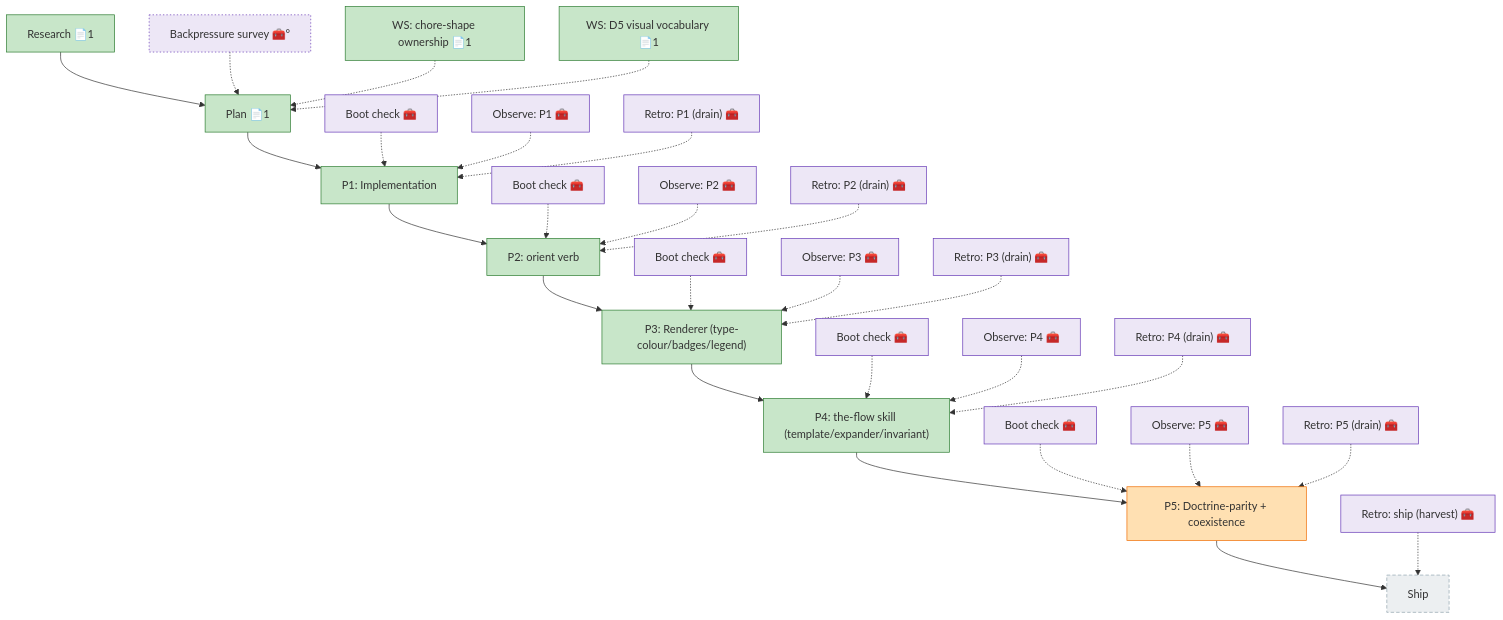
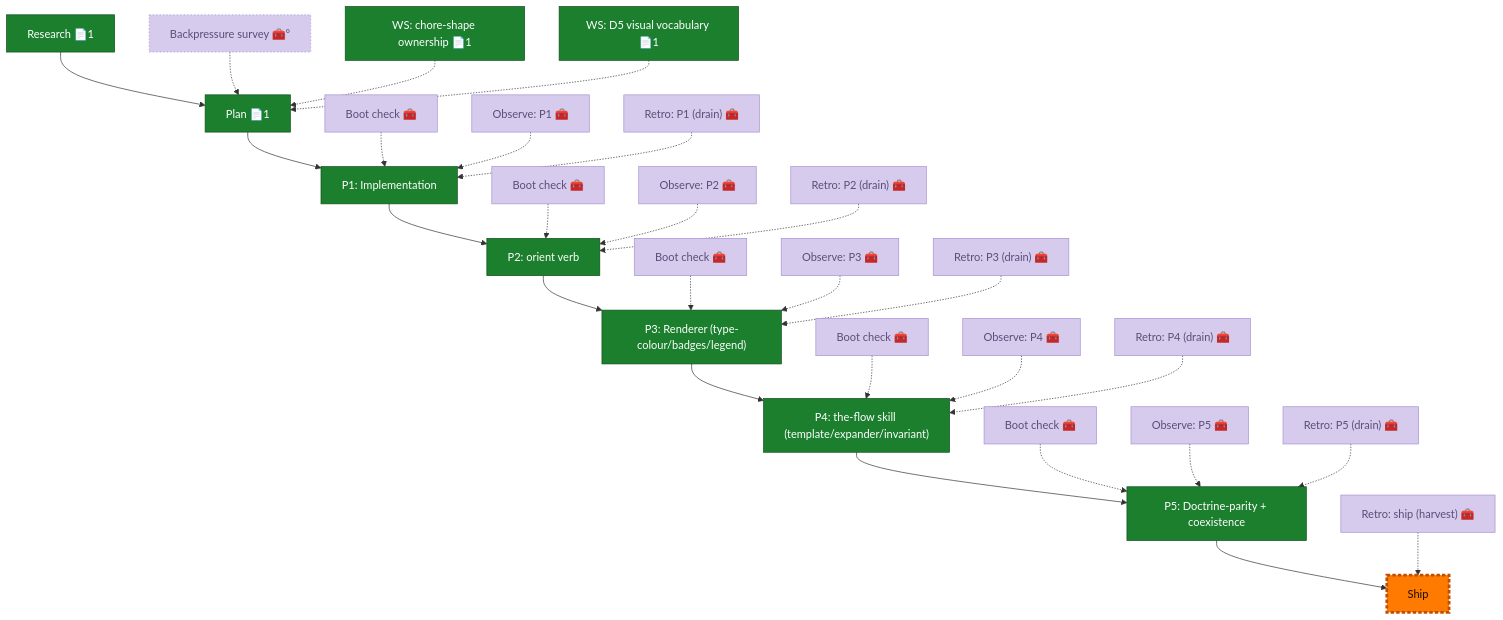
The diagram in docs/plans/040-flow-template-orient-instructions/the-flow.md (AI-Substrate/harness-engineering), drawn with Mermaid before and after one commit. The commit also changed other lines of this file and 7 other files, not shown here.

First line of the commit message:
feat(flow-040): visible chore status + vivid render palette + current-node highlight

````diff
--- a/docs/plans/040-flow-template-orient-instructions/the-flow.md
+++ b/docs/plans/040-flow-template-orient-instructions/the-flow.md
@@ -8,73 +8,76 @@
 ```mermaid
 flowchart TD
     research["Research 📄1"]:::done
     plan["Plan 📄1"]:::done
     phase_1["P1: Implementation"]:::done
     ship["Ship"]:::assumed
     phase_2["P2: orient verb"]:::done
     phase_3["P3: Renderer (type-colour/badges/legend)"]:::done
     phase_4["P4: the-flow skill (template/expander/invariant)"]:::done
-    phase_5["P5: Doctrine-parity + coexistence"]:::wip
+    phase_5["P5: Doctrine-parity + coexistence"]:::done
 
     research --> plan
     plan --> phase_1
     phase_1 --> phase_2
     phase_2 --> phase_3
     phase_3 --> phase_4
     phase_4 --> phase_5
     phase_5 --> ship
 
-    backpressure["Backpressure survey 🧰°"]:::harness
-    boot_1["Boot check 🧰"]:::harness
-    observe_1["Observe: P1 🧰"]:::harness
-    retro_1["Retro: P1 (drain) 🧰"]:::harness
-    retro_ship["Retro: ship (harvest) 🧰"]:::harness
+    backpressure["Backpressure survey 🧰°"]:::harnessFaded
+    boot_1["Boot check 🧰"]:::harnessFaded
+    observe_1["Observe: P1 🧰"]:::harnessFaded
+    retro_1["Retro: P1 (drain) 🧰"]:::harnessFaded
+    retro_ship["Retro: ship (harvest) 🧰"]:::harnessFaded
     ws_coexistence["WS: chore-shape ownership 📄1"]:::done
     ws_visual["WS: D5 visual vocabulary 📄1"]:::done
-    boot_2["Boot check 🧰"]:::harness
-    observe_2["Observe: P2 🧰"]:::harness
-    retro_2["Retro: P2 (drain) 🧰"]:::harness
-    boot_3["Boot check 🧰"]:::harness
-    observe_3["Observe: P3 🧰"]:::harness
-    retro_3["Retro: P3 (drain) 🧰"]:::harness
-    boot_4["Boot check 🧰"]:::harness
-    observe_4["Observe: P4 🧰"]:::harness
-    retro_4["Retro: P4 (drain) 🧰"]:::harness
-    boot_5["Boot check 🧰"]:::harness
-    observe_5["Observe: P5 🧰"]:::harness
-    retro_5["Retro: P5 (drain) 🧰"]:::harness
+    boot_2["Boot check 🧰"]:::harnessFaded
+    observe_2["Observe: P2 🧰"]:::harnessFaded
+    retro_2["Retro: P2 (drain) 🧰"]:::harnessFaded
+    boot_3["Boot check 🧰"]:::harnessFaded
+    observe_3["Observe: P3 🧰"]:::harnessFaded
+    retro_3["Retro: P3 (drain) 🧰"]:::harnessFaded
+    boot_4["Boot check 🧰"]:::harnessFaded
+    observe_4["Observe: P4 🧰"]:::harnessFaded
+    retro_4["Retro: P4 (drain) 🧰"]:::harnessFaded
+    boot_5["Boot check 🧰"]:::harnessFaded
+    observe_5["Observe: P5 🧰"]:::harnessFaded
+    retro_5["Retro: P5 (drain) 🧰"]:::harnessFaded
     backpressure -.-> plan
     boot_1 -.-> phase_1
     observe_1 -.-> phase_1
     retro_1 -.-> phase_1
     retro_ship -.-> ship
     ws_coexistence -.-> plan
     ws_visual -.-> plan
     boot_2 -.-> phase_2
     observe_2 -.-> phase_2
     retro_2 -.-> phase_2
     boot_3 -.-> phase_3
     observe_3 -.-> phase_3
     retro_3 -.-> phase_3
     boot_4 -.-> phase_4
     observe_4 -.-> phase_4
     retro_4 -.-> phase_4
     boot_5 -.-> phase_5
     observe_5 -.-> phase_5
     retro_5 -.-> phase_5
 
-    classDef done fill:#C8E6C9,stroke:#2E7D32;
-    classDef wip fill:#FFE0B2,stroke:#EF6C00;
-    classDef blocked fill:#FFCDD2,stroke:#C62828;
-    classDef known fill:#BBDEFB,stroke:#1565C0;
-    classDef assumed fill:#ECEFF1,stroke:#90A4AE,stroke-dasharray:5 3;
-    classDef said fill:#FFF9C4,stroke:#F9A825;
-    classDef harness fill:#EDE7F6,stroke:#673AB7;
-    classDef decision fill:#FFF3E0,stroke:#FB8C00,stroke-dasharray:2 2;
-    classDef companion fill:#D1C4E9,stroke:#5E35B1;
-    classDef worker fill:#B2DFDB,stroke:#00897B;
-    classDef unknown fill:#FAFAFA,stroke:#BDBDBD,stroke-dasharray:1 4;
+    classDef done fill:#1B7F2E,stroke:#0F4F1B,color:#fff;
+    classDef wip fill:#43C04A,stroke:#1B7F2E,color:#04210A;
+    classDef blocked fill:#E53935,stroke:#8E1513,color:#fff;
+    classDef known fill:#1E73E8,stroke:#0D3F86,color:#fff;
+    classDef assumed fill:#CFD8DC,stroke:#607D8B,color:#1a1a1a,stroke-dasharray:5 3;
+    classDef said fill:#FFD21F,stroke:#C79100,color:#241c00;
+    classDef harness fill:#7E3FF2,stroke:#4A1FA8,color:#fff;
+    classDef harnessFaded fill:#D6CBEC,stroke:#A892D4,color:#5B4E78;
+    classDef decision fill:#FF8F00,stroke:#B25E00,color:#1a1100,stroke-dasharray:2 2;
+    classDef companion fill:#AB2FCB,stroke:#6A1480,color:#fff;
+    classDef worker fill:#00A38C,stroke:#005046,color:#fff;
+    classDef unknown fill:#ECEFF1,stroke:#90A4AE,color:#1a1a1a,stroke-dasharray:1 4;
     classDef impOptional stroke-dasharray:2 3;
     classDef impStrong stroke-width:3px;
+    classDef current fill:#FF7A00,stroke:#C24E00,color:#1a0e00,stroke-width:4px;
     class backpressure impOptional;
+    class ship current;
 ```
````
